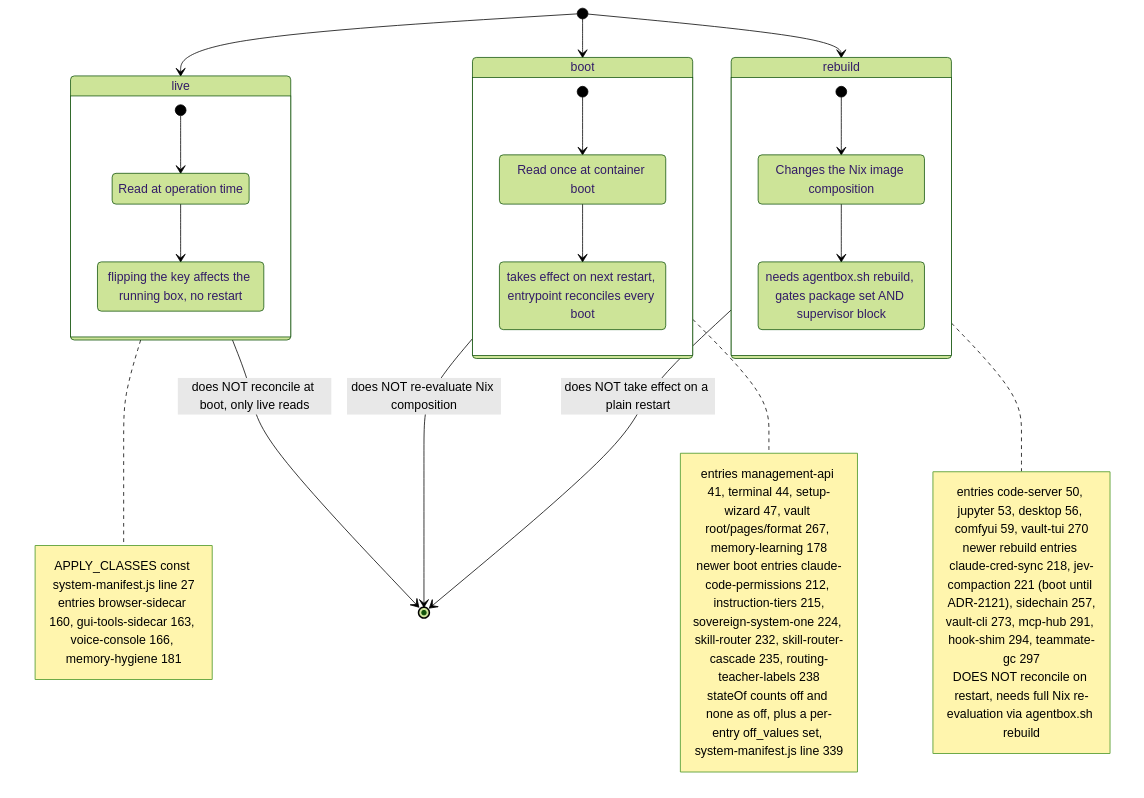
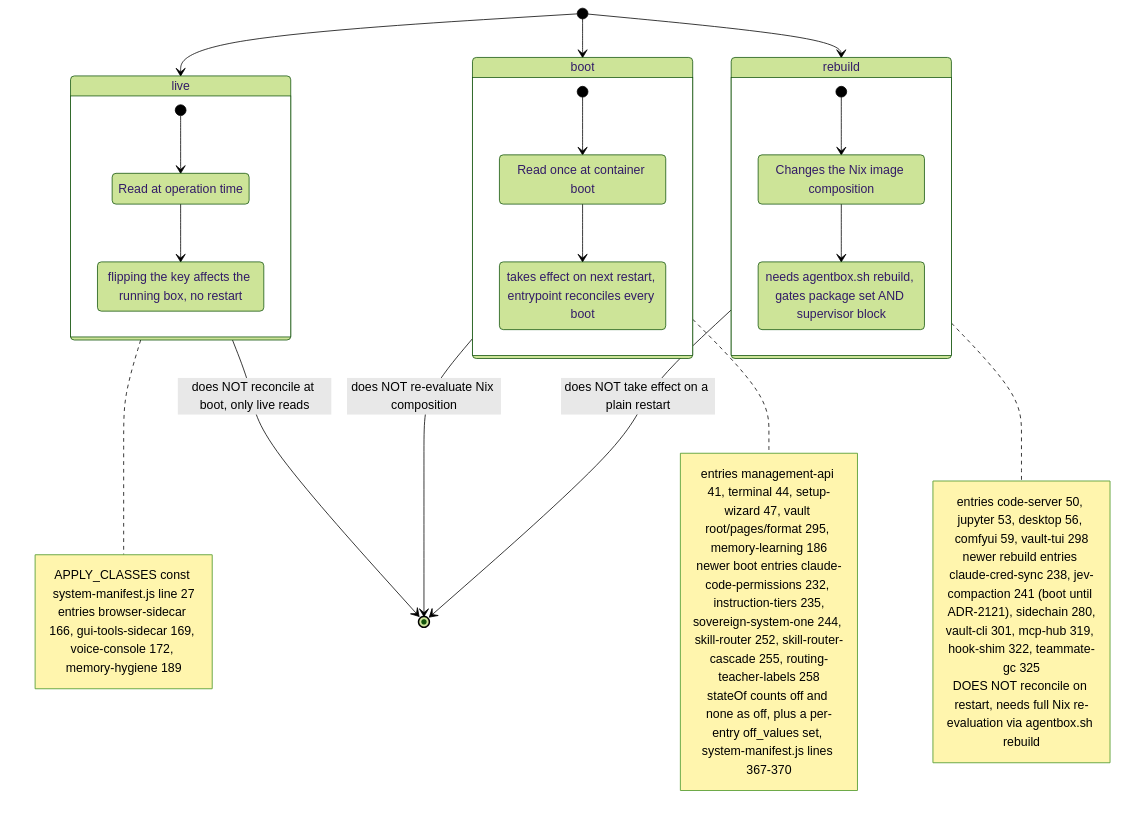
Before and after one commit to DreamLab-AI/VisionFlow: the second of 10 diagrams in docs/diagrams/agentbox/01-nix-flake-composition.md, drawn with Mermaid (forest theme). The commit also changed other lines of this file and 111 other files, not shown here.

Commit message:
docs(diagrams): align estate maps with current source

````diff
--- a/docs/diagrams/agentbox/01-nix-flake-composition.md
+++ b/docs/diagrams/agentbox/01-nix-flake-composition.md
@@ -74,44 +76,44 @@
 ```mermaid
 stateDiagram-v2
     [*] --> live
     [*] --> boot
     [*] --> rebuild
 
     state live {
         [*] --> LiveRead
         LiveRead: Read at operation time
         LiveRead --> LiveEffect
         LiveEffect: flipping the key affects the running box, no restart
     }
     state boot {
         [*] --> BootRead
         BootRead: Read once at container boot
         BootRead --> BootEffect
         BootEffect: takes effect on next restart, entrypoint reconciles every boot
     }
     state rebuild {
         [*] --> RebuildRead
         RebuildRead: Changes the Nix image composition
         RebuildRead --> RebuildEffect
         RebuildEffect: needs agentbox.sh rebuild, gates package set AND supervisor block
     }
 
     note right of live
         APPLY_CLASSES const system-manifest.js line 27
-        entries browser-sidecar 160, gui-tools-sidecar 163, voice-console 166, memory-hygiene 181
+        entries browser-sidecar 166, gui-tools-sidecar 169, voice-console 172, memory-hygiene 189
     end note
     note right of boot
-        entries management-api 41, terminal 44, setup-wizard 47, vault root/pages/format 267, memory-learning 178
-        newer boot entries claude-code-permissions 212, instruction-tiers 215,<br/>sovereign-system-one 224, skill-router 232, skill-router-cascade 235, routing-teacher-labels 238
-        stateOf counts off and none as off, plus a per-entry off_values set, system-manifest.js line 339
+        entries management-api 41, terminal 44, setup-wizard 47, vault root/pages/format 295, memory-learning 186
+        newer boot entries claude-code-permissions 232, instruction-tiers 235,<br/>sovereign-system-one 244, skill-router 252, skill-router-cascade 255, routing-teacher-labels 258
+        stateOf counts off and none as off, plus a per-entry off_values set, system-manifest.js lines 367-370
     end note
     note right of rebuild
-        entries code-server 50, jupyter 53, desktop 56, comfyui 59, vault-tui 270
-        newer rebuild entries claude-cred-sync 218, jev-compaction 221 (boot until ADR-2121), sidechain 257,<br/>vault-cli 273, mcp-hub 291, hook-shim 294, teammate-gc 297
+        entries code-server 50, jupyter 53, desktop 56, comfyui 59, vault-tui 298
+        newer rebuild entries claude-cred-sync 238, jev-compaction 241 (boot until ADR-2121), sidechain 280,<br/>vault-cli 301, mcp-hub 319, hook-shim 322, teammate-gc 325
         DOES NOT reconcile on restart, needs full Nix re-evaluation via agentbox.sh rebuild
     end note
 
     live --> [*]: does NOT reconcile at boot, only live reads
     boot --> [*]: does NOT re-evaluate Nix composition
     rebuild --> [*]: does NOT take effect on a plain restart
 ```
````
